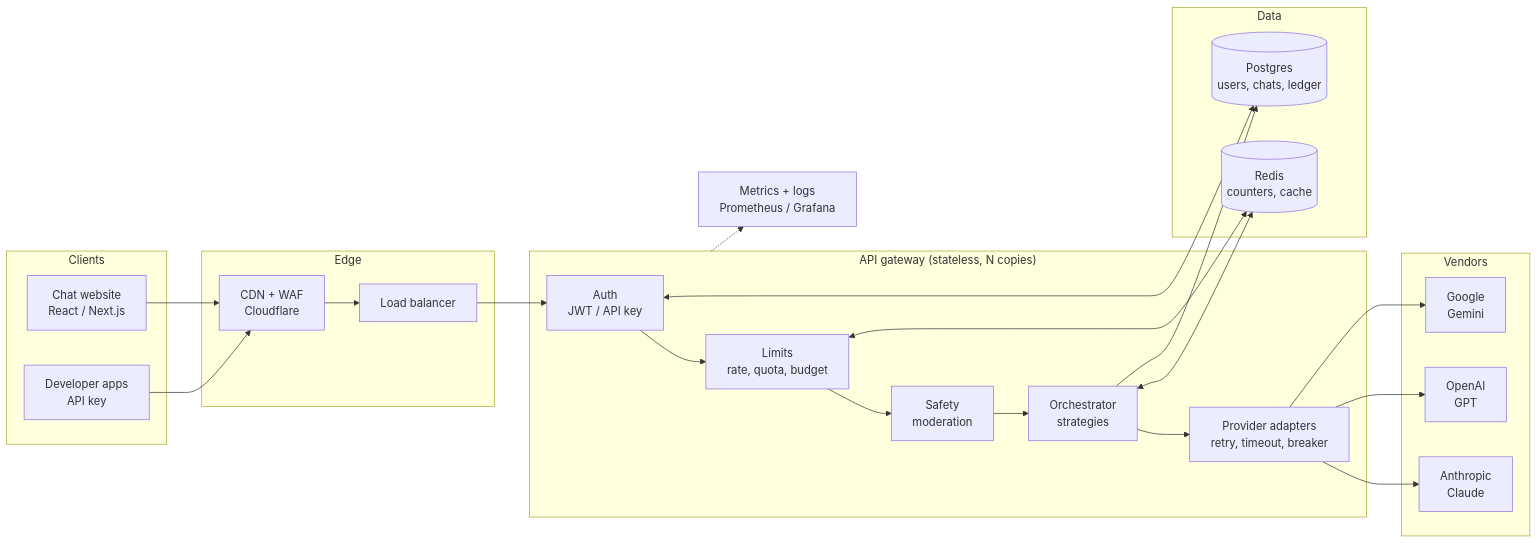
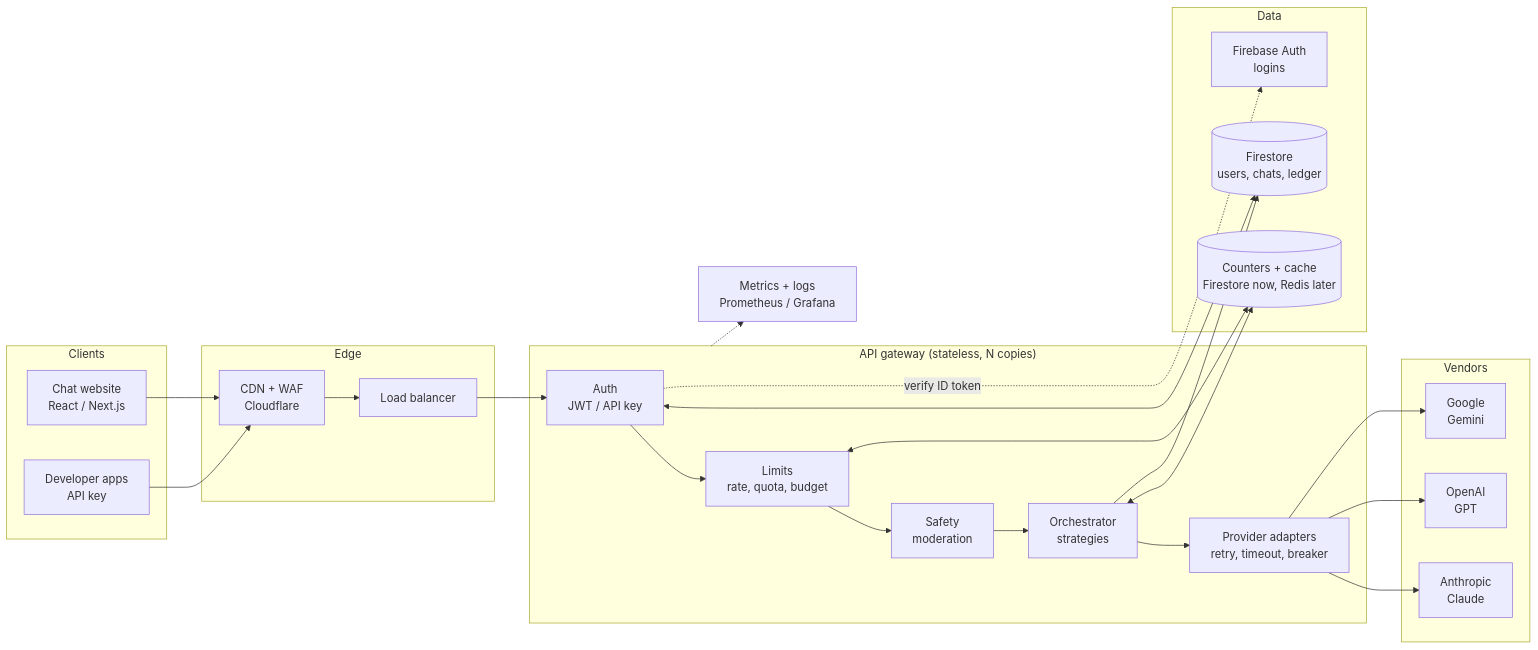
The first of 9 diagrams in docs/ARCHITECTURE.md (Dumpsterpog/multi-llm-architecture), drawn with Mermaid before and after one commit. The commit also changed other lines of this file and 26 other files, not shown here.

First line of the commit message:
Switch storage to Firebase: Firestore data, Firebase Auth logins

````diff
--- a/docs/ARCHITECTURE.md
+++ b/docs/ARCHITECTURE.md
@@ -49,43 +49,45 @@
 ```mermaid
 flowchart LR
   subgraph Clients
     W[Chat website<br/>React / Next.js]
     D[Developer apps<br/>API key]
   end
 
   subgraph Edge
     CDN[CDN + WAF<br/>Cloudflare]
     LB[Load balancer]
   end
 
   subgraph API["API gateway (stateless, N copies)"]
     AUTH[Auth<br/>JWT / API key]
     LIM[Limits<br/>rate, quota, budget]
     SAFE[Safety<br/>moderation]
     ORCH[Orchestrator<br/>strategies]
     ADP[Provider adapters<br/>retry, timeout, breaker]
   end
 
   subgraph Data
-    R[(Redis<br/>counters, cache)]
-    PG[(Postgres<br/>users, chats, ledger)]
+    R[(Counters + cache<br/>Firestore now, Redis later)]
+    PG[(Firestore<br/>users, chats, ledger)]
+    FA[Firebase Auth<br/>logins]
   end
 
   subgraph Vendors
     A[Anthropic<br/>Claude]
     O[OpenAI<br/>GPT]
     G[Google<br/>Gemini]
   end
 
   OBS[Metrics + logs<br/>Prometheus / Grafana]
 
   W --> CDN --> LB --> AUTH
   D --> CDN
   AUTH --> LIM --> SAFE --> ORCH --> ADP
   ADP --> A & O & G
   LIM <--> R
   ORCH <--> R
   AUTH <--> PG
+  AUTH -. verify ID token .-> FA
   ORCH --> PG
   API -.-> OBS
 ```
````
